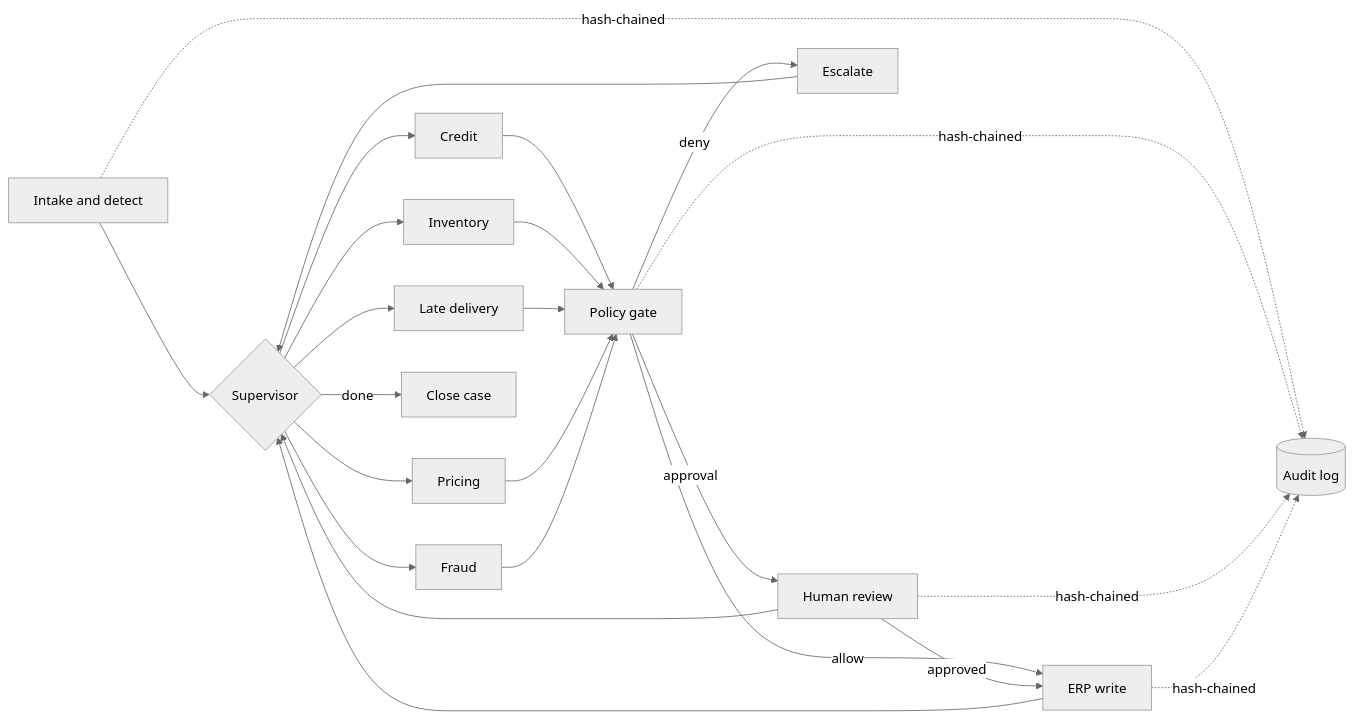
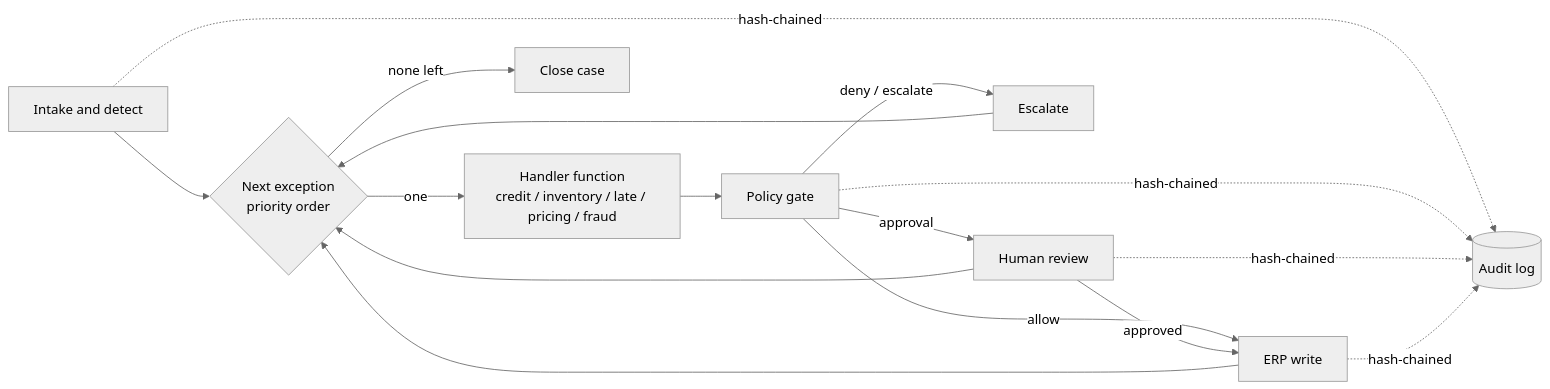
Before and after one commit to padmanpisupati/order-exception-agents: the diagram in README.md, drawn with Mermaid (neutral theme). The commit also changed other lines of this file and 19 other files, not shown here.

````diff
--- a/README.md
+++ b/README.md
@@ -32,12 +46,12 @@
 ```mermaid
 flowchart LR
-  IN[Intake and detect] --> SUP{Supervisor}
-  SUP --> CA[Credit] & IA[Inventory] & LA[Late delivery] & PA[Pricing] & FR[Fraud]
-  CA & IA & LA & PA & FR --> PG[Policy gate]
+  IN[Intake and detect] --> NX{Next exception<br/>priority order}
+  NX -- one --> HD[Handler function<br/>credit / inventory / late / pricing / fraud]
+  HD --> PG[Policy gate]
   PG -- allow --> EX[ERP write]
   PG -- approval --> H[Human review] -- approved --> EX
-  PG -- deny --> ES[Escalate]
-  EX & ES & H --> SUP
-  SUP -- done --> END[Close case]
+  PG -- deny / escalate --> ES[Escalate]
+  EX & ES & H --> NX
+  NX -- none left --> END[Close case]
   IN & PG & H & EX -. hash-chained .-> AUD[(Audit log)]
 ```
````
